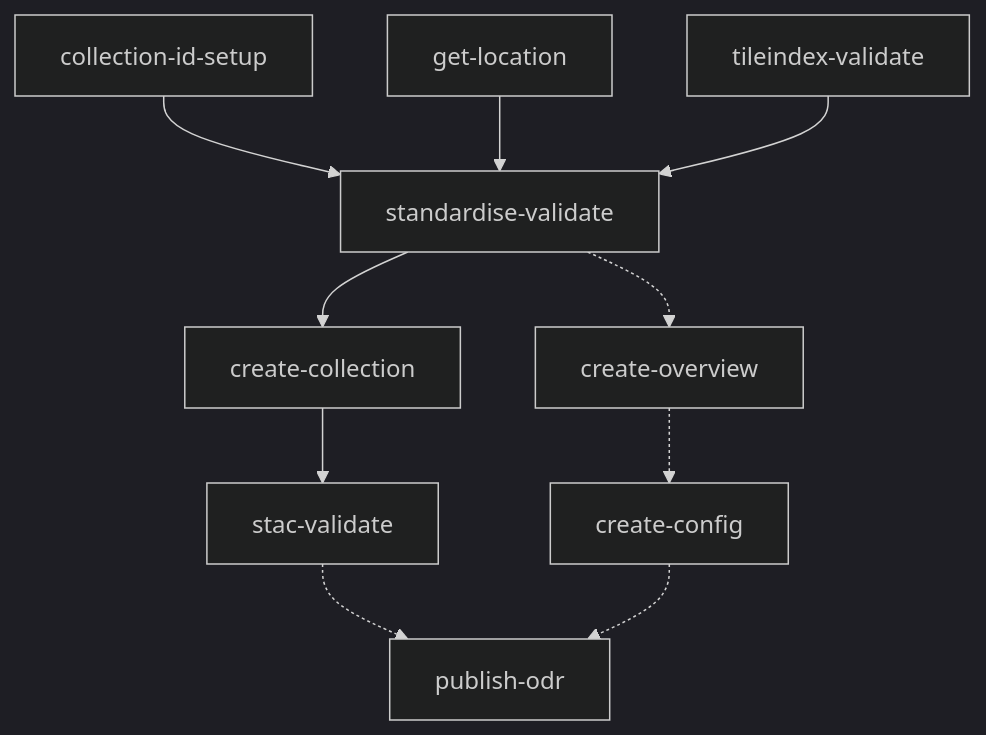
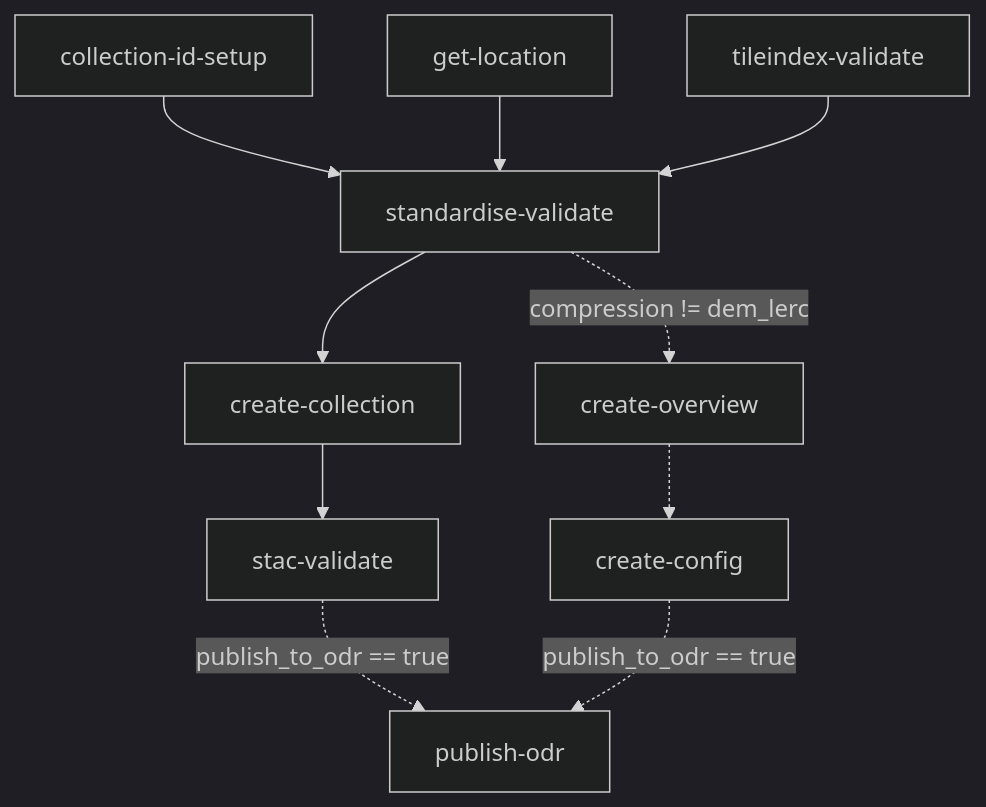
One commit to linz/topo-workflows changed the first of 3 diagrams in workflows/raster/README.md. Above: the diagram before and after it, drawn with Mermaid (dark theme). The commit also changed other lines of this file, not shown here.

````diff
--- a/workflows/raster/README.md
+++ b/workflows/raster/README.md
@@ -118,10 +118,10 @@
 ```mermaid
 graph TD;
     collection-id-setup-->standardise-validate;
     get-location-->standardise-validate;
     tileindex-validate-->standardise-validate;
     standardise-validate-->create-collection;
-    standardise-validate-.->create-overview;
-    create-collection-->stac-validate-.->publish-odr;
-    create-overview-.->create-config-.->publish-odr;
+    standardise-validate-.->|compression != dem_lerc|create-overview;
+    create-collection-->stac-validate-.->|publish_to_odr == true|publish-odr;
+    create-overview-.->create-config-.->|publish_to_odr == true|publish-odr;
 ```
````
